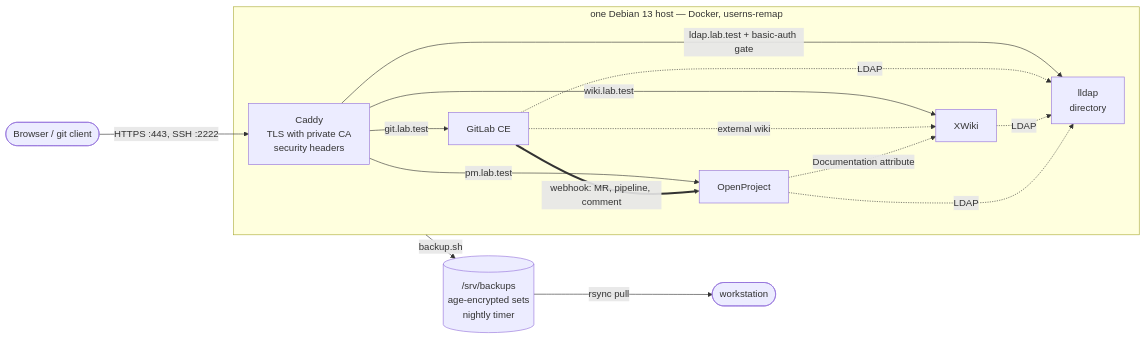
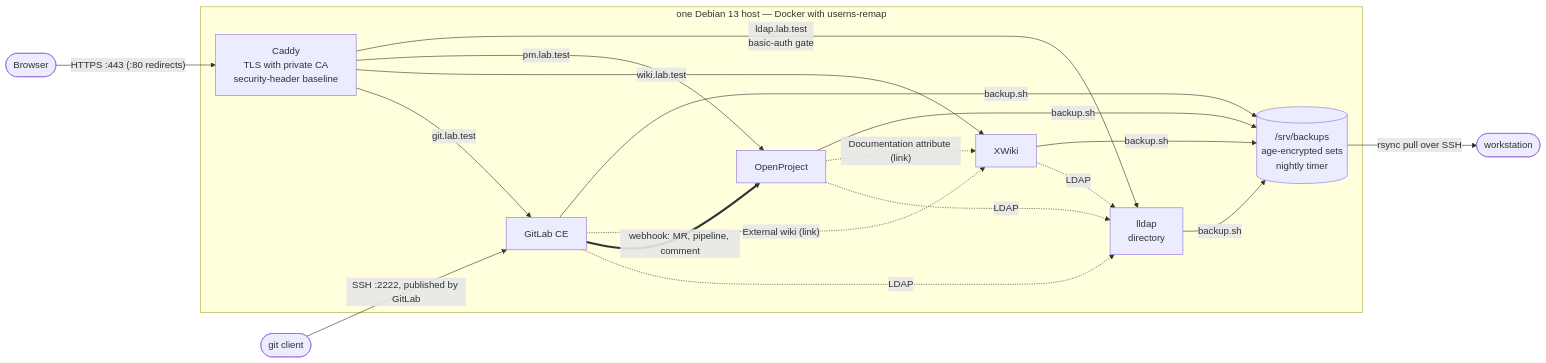
The diagram in README.md (NicolasPogorzelski/Test-Projekt), drawn with Mermaid before and after one commit. The commit also changed other lines of this file, not shown here.

Commit message:
docs(readme): diagram corrected - SSH :2222 bypasses the proxy, backup sets live on the host

````diff
--- a/README.md
+++ b/README.md
@@ -36,23 +36,25 @@
 ```mermaid
 flowchart LR
-  B([Browser / git client]) -->|HTTPS :443, SSH :2222| C
-  subgraph host["one Debian 13 host — Docker, userns-remap"]
-    C["Caddy<br/>TLS with private CA<br/>security headers"]
+  B([Browser]) -->|"HTTPS :443 (:80 redirects)"| C
+  D([git client]) -->|"SSH :2222, published by GitLab"| G
+  subgraph host["one Debian 13 host — Docker with userns-remap"]
+    C["Caddy<br/>TLS with private CA<br/>security-header baseline"]
     G["GitLab CE"]
     W["XWiki"]
     P["OpenProject"]
     L["lldap<br/>directory"]
-    C -->|git.lab.test| G
-    C -->|wiki.lab.test| W
-    C -->|pm.lab.test| P
-    C -->|ldap.lab.test + basic-auth gate| L
-    G -.->|LDAP| L
-    W -.->|LDAP| L
-    P -.->|LDAP| L
-    G ==>|webhook: MR, pipeline, comment| P
-    G -.->|external wiki| W
-    P -.->|Documentation attribute| W
+    S[("/srv/backups<br/>age-encrypted sets<br/>nightly timer")]
+    C -->|"git.lab.test"| G
+    C -->|"wiki.lab.test"| W
+    C -->|"pm.lab.test"| P
+    C -->|"ldap.lab.test<br/>basic-auth gate"| L
+    G -.->|"LDAP"| L
+    W -.->|"LDAP"| L
+    P -.->|"LDAP"| L
+    G ==>|"webhook: MR, pipeline, comment"| P
+    G -.->|"External wiki (link)"| W
+    P -.->|"Documentation attribute (link)"| W
+    G & W & P & L -->|"backup.sh"| S
   end
-  S[("/srv/backups<br/>age-encrypted sets<br/>nightly timer")] -->|rsync pull| WS([workstation])
-  host -->|backup.sh| S
+  S -->|"rsync pull over SSH"| WS([workstation])
 ```
````
